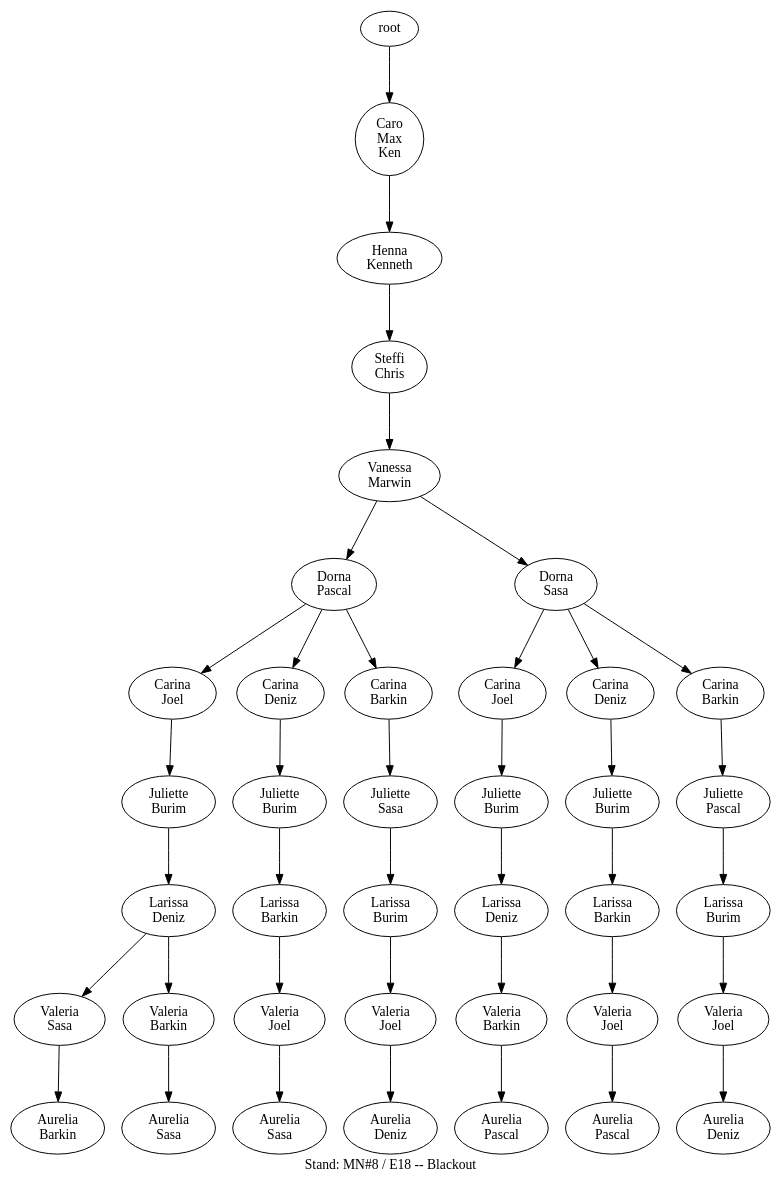
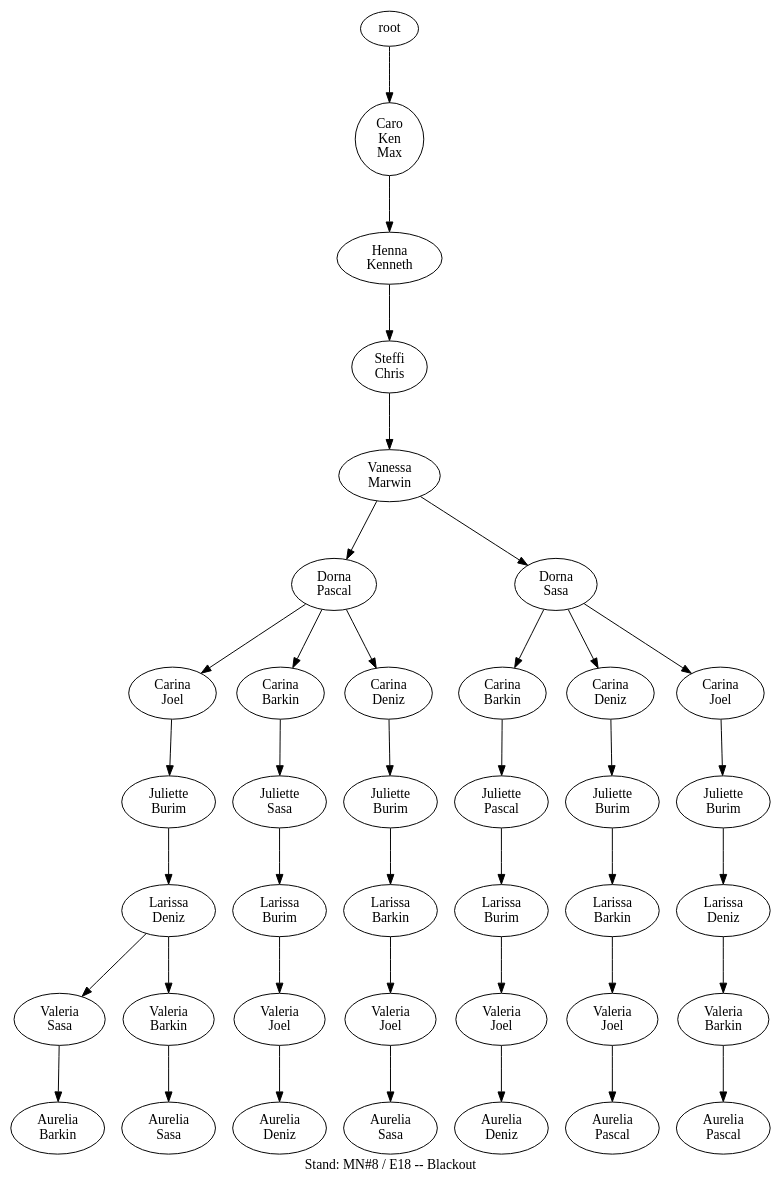
The diagram in data/de04/de04_17_tree.dot (atticus-sullivan/sim-ayto), drawn with Graphviz before and after one commit. The commit also changed 23 other files, not shown here.

```diff
--- a/data/de04/de04_17_tree.dot
+++ b/data/de04/de04_17_tree.dot
@@ -1,78 +1,78 @@
 digraph D { labelloc="b"; label="Stand: MN#8 / E18 -- Blackout"; ranksep=0.8;
-"root/7,5"[label="Caro\nMax\nKen"]
-"root" -> "root/7,5";
-"root/7,5/6"[label="Henna\nKenneth"]
-"root/7,5" -> "root/7,5/6";
-"root/7,5/6/2"[label="Steffi\nChris"]
-"root/7,5/6" -> "root/7,5/6/2";
-"root/7,5/6/2/10"[label="Vanessa\nMarwin"]
-"root/7,5/6/2" -> "root/7,5/6/2/10";
-"root/7,5/6/2/10/8"[label="Dorna\nPascal"]
-"root/7,5/6/2/10" -> "root/7,5/6/2/10/8";
-"root/7,5/6/2/10/8/4"[label="Carina\nJoel"]
-"root/7,5/6/2/10/8" -> "root/7,5/6/2/10/8/4";
-"root/7,5/6/2/10/8/4/1"[label="Juliette\nBurim"]
-"root/7,5/6/2/10/8/4" -> "root/7,5/6/2/10/8/4/1";
-"root/7,5/6/2/10/8/4/1/3"[label="Larissa\nDeniz"]
-"root/7,5/6/2/10/8/4/1" -> "root/7,5/6/2/10/8/4/1/3";
-"root/7,5/6/2/10/8/4/1/3/9"[label="Valeria\nSasa"]
-"root/7,5/6/2/10/8/4/1/3" -> "root/7,5/6/2/10/8/4/1/3/9";
-"root/7,5/6/2/10/8/4/1/3/9/0"[label="Aurelia\nBarkin"]
-"root/7,5/6/2/10/8/4/1/3/9" -> "root/7,5/6/2/10/8/4/1/3/9/0";
-"root/7,5/6/2/10/9"[label="Dorna\nSasa"]
-"root/7,5/6/2/10" -> "root/7,5/6/2/10/9";
-"root/7,5/6/2/10/9/4"[label="Carina\nJoel"]
-"root/7,5/6/2/10/9" -> "root/7,5/6/2/10/9/4";
-"root/7,5/6/2/10/9/4/1"[label="Juliette\nBurim"]
-"root/7,5/6/2/10/9/4" -> "root/7,5/6/2/10/9/4/1";
-"root/7,5/6/2/10/9/4/1/3"[label="Larissa\nDeniz"]
-"root/7,5/6/2/10/9/4/1" -> "root/7,5/6/2/10/9/4/1/3";
-"root/7,5/6/2/10/9/4/1/3/0"[label="Valeria\nBarkin"]
-"root/7,5/6/2/10/9/4/1/3" -> "root/7,5/6/2/10/9/4/1/3/0";
-"root/7,5/6/2/10/9/4/1/3/0/8"[label="Aurelia\nPascal"]
-"root/7,5/6/2/10/9/4/1/3/0" -> "root/7,5/6/2/10/9/4/1/3/0/8";
-"root/7,5/6/2/10/8/4/1/3/0"[label="Valeria\nBarkin"]
-"root/7,5/6/2/10/8/4/1/3" -> "root/7,5/6/2/10/8/4/1/3/0";
-"root/7,5/6/2/10/8/4/1/3/0/9"[label="Aurelia\nSasa"]
-"root/7,5/6/2/10/8/4/1/3/0" -> "root/7,5/6/2/10/8/4/1/3/0/9";
-"root/7,5/6/2/10/8/3"[label="Carina\nDeniz"]
-"root/7,5/6/2/10/8" -> "root/7,5/6/2/10/8/3";
-"root/7,5/6/2/10/8/3/1"[label="Juliette\nBurim"]
-"root/7,5/6/2/10/8/3" -> "root/7,5/6/2/10/8/3/1";
-"root/7,5/6/2/10/8/3/1/0"[label="Larissa\nBarkin"]
-"root/7,5/6/2/10/8/3/1" -> "root/7,5/6/2/10/8/3/1/0";
-"root/7,5/6/2/10/8/3/1/0/4"[label="Valeria\nJoel"]
-"root/7,5/6/2/10/8/3/1/0" -> "root/7,5/6/2/10/8/3/1/0/4";
-"root/7,5/6/2/10/8/3/1/0/4/9"[label="Aurelia\nSasa"]
-"root/7,5/6/2/10/8/3/1/0/4" -> "root/7,5/6/2/10/8/3/1/0/4/9";
-"root/7,5/6/2/10/9/3"[label="Carina\nDeniz"]
-"root/7,5/6/2/10/9" -> "root/7,5/6/2/10/9/3";
-"root/7,5/6/2/10/9/3/1"[label="Juliette\nBurim"]
-"root/7,5/6/2/10/9/3" -> "root/7,5/6/2/10/9/3/1";
-"root/7,5/6/2/10/9/3/1/0"[label="Larissa\nBarkin"]
-"root/7,5/6/2/10/9/3/1" -> "root/7,5/6/2/10/9/3/1/0";
-"root/7,5/6/2/10/9/3/1/0/4"[label="Valeria\nJoel"]
-"root/7,5/6/2/10/9/3/1/0" -> "root/7,5/6/2/10/9/3/1/0/4";
-"root/7,5/6/2/10/9/3/1/0/4/8"[label="Aurelia\nPascal"]
-"root/7,5/6/2/10/9/3/1/0/4" -> "root/7,5/6/2/10/9/3/1/0/4/8";
-"root/7,5/6/2/10/8/0"[label="Carina\nBarkin"]
-"root/7,5/6/2/10/8" -> "root/7,5/6/2/10/8/0";
-"root/7,5/6/2/10/8/0/9"[label="Juliette\nSasa"]
-"root/7,5/6/2/10/8/0" -> "root/7,5/6/2/10/8/0/9";
-"root/7,5/6/2/10/8/0/9/1"[label="Larissa\nBurim"]
-"root/7,5/6/2/10/8/0/9" -> "root/7,5/6/2/10/8/0/9/1";
-"root/7,5/6/2/10/8/0/9/1/4"[label="Valeria\nJoel"]
-"root/7,5/6/2/10/8/0/9/1" -> "root/7,5/6/2/10/8/0/9/1/4";
-"root/7,5/6/2/10/8/0/9/1/4/3"[label="Aurelia\nDeniz"]
-"root/7,5/6/2/10/8/0/9/1/4" -> "root/7,5/6/2/10/8/0/9/1/4/3";
-"root/7,5/6/2/10/9/0"[label="Carina\nBarkin"]
-"root/7,5/6/2/10/9" -> "root/7,5/6/2/10/9/0";
-"root/7,5/6/2/10/9/0/8"[label="Juliette\nPascal"]
-"root/7,5/6/2/10/9/0" -> "root/7,5/6/2/10/9/0/8";
-"root/7,5/6/2/10/9/0/8/1"[label="Larissa\nBurim"]
-"root/7,5/6/2/10/9/0/8" -> "root/7,5/6/2/10/9/0/8/1";
-"root/7,5/6/2/10/9/0/8/1/4"[label="Valeria\nJoel"]
-"root/7,5/6/2/10/9/0/8/1" -> "root/7,5/6/2/10/9/0/8/1/4";
-"root/7,5/6/2/10/9/0/8/1/4/3"[label="Aurelia\nDeniz"]
-"root/7,5/6/2/10/9/0/8/1/4" -> "root/7,5/6/2/10/9/0/8/1/4/3";
+"root/5,7"[label="Caro\nKen\nMax"]
+"root" -> "root/5,7";
+"root/5,7/6"[label="Henna\nKenneth"]
+"root/5,7" -> "root/5,7/6";
+"root/5,7/6/2"[label="Steffi\nChris"]
+"root/5,7/6" -> "root/5,7/6/2";
+"root/5,7/6/2/10"[label="Vanessa\nMarwin"]
+"root/5,7/6/2" -> "root/5,7/6/2/10";
+"root/5,7/6/2/10/8"[label="Dorna\nPascal"]
+"root/5,7/6/2/10" -> "root/5,7/6/2/10/8";
+"root/5,7/6/2/10/8/4"[label="Carina\nJoel"]
+"root/5,7/6/2/10/8" -> "root/5,7/6/2/10/8/4";
+"root/5,7/6/2/10/8/4/1"[label="Juliette\nBurim"]
+"root/5,7/6/2/10/8/4" -> "root/5,7/6/2/10/8/4/1";
+"root/5,7/6/2/10/8/4/1/3"[label="Larissa\nDeniz"]
+"root/5,7/6/2/10/8/4/1" -> "root/5,7/6/2/10/8/4/1/3";
+"root/5,7/6/2/10/8/4/1/3/9"[label="Valeria\nSasa"]
+"root/5,7/6/2/10/8/4/1/3" -> "root/5,7/6/2/10/8/4/1/3/9";
+"root/5,7/6/2/10/8/4/1/3/9/0"[label="Aurelia\nBarkin"]
+"root/5,7/6/2/10/8/4/1/3/9" -> "root/5,7/6/2/10/8/4/1/3/9/0";
+"root/5,7/6/2/10/9"[label="Dorna\nSasa"]
+"root/5,7/6/2/10" -> "root/5,7/6/2/10/9";
+"root/5,7/6/2/10/9/0"[label="Carina\nBarkin"]
+"root/5,7/6/2/10/9" -> "root/5,7/6/2/10/9/0";
+"root/5,7/6/2/10/9/0/8"[label="Juliette\nPascal"]
+"root/5,7/6/2/10/9/0" -> "root/5,7/6/2/10/9/0/8";
+"root/5,7/6/2/10/9/0/8/1"[label="Larissa\nBurim"]
+"root/5,7/6/2/10/9/0/8" -> "root/5,7/6/2/10/9/0/8/1";
+"root/5,7/6/2/10/9/0/8/1/4"[label="Valeria\nJoel"]
+"root/5,7/6/2/10/9/0/8/1" -> "root/5,7/6/2/10/9/0/8/1/4";
+"root/5,7/6/2/10/9/0/8/1/4/3"[label="Aurelia\nDeniz"]
+"root/5,7/6/2/10/9/0/8/1/4" -> "root/5,7/6/2/10/9/0/8/1/4/3";
+"root/5,7/6/2/10/8/0"[label="Carina\nBarkin"]
+"root/5,7/6/2/10/8" -> "root/5,7/6/2/10/8/0";
+"root/5,7/6/2/10/8/0/9"[label="Juliette\nSasa"]
+"root/5,7/6/2/10/8/0" -> "root/5,7/6/2/10/8/0/9";
+"root/5,7/6/2/10/8/0/9/1"[label="Larissa\nBurim"]
+"root/5,7/6/2/10/8/0/9" -> "root/5,7/6/2/10/8/0/9/1";
+"root/5,7/6/2/10/8/0/9/1/4"[label="Valeria\nJoel"]
+"root/5,7/6/2/10/8/0/9/1" -> "root/5,7/6/2/10/8/0/9/1/4";
+"root/5,7/6/2/10/8/0/9/1/4/3"[label="Aurelia\nDeniz"]
+"root/5,7/6/2/10/8/0/9/1/4" -> "root/5,7/6/2/10/8/0/9/1/4/3";
+"root/5,7/6/2/10/9/3"[label="Carina\nDeniz"]
+"root/5,7/6/2/10/9" -> "root/5,7/6/2/10/9/3";
+"root/5,7/6/2/10/9/3/1"[label="Juliette\nBurim"]
+"root/5,7/6/2/10/9/3" -> "root/5,7/6/2/10/9/3/1";
+"root/5,7/6/2/10/9/3/1/0"[label="Larissa\nBarkin"]
+"root/5,7/6/2/10/9/3/1" -> "root/5,7/6/2/10/9/3/1/0";
+"root/5,7/6/2/10/9/3/1/0/4"[label="Valeria\nJoel"]
+"root/5,7/6/2/10/9/3/1/0" -> "root/5,7/6/2/10/9/3/1/0/4";
+"root/5,7/6/2/10/9/3/1/0/4/8"[label="Aurelia\nPascal"]
+"root/5,7/6/2/10/9/3/1/0/4" -> "root/5,7/6/2/10/9/3/1/0/4/8";
+"root/5,7/6/2/10/8/3"[label="Carina\nDeniz"]
+"root/5,7/6/2/10/8" -> "root/5,7/6/2/10/8/3";
+"root/5,7/6/2/10/8/3/1"[label="Juliette\nBurim"]
+"root/5,7/6/2/10/8/3" -> "root/5,7/6/2/10/8/3/1";
+"root/5,7/6/2/10/8/3/1/0"[label="Larissa\nBarkin"]
+"root/5,7/6/2/10/8/3/1" -> "root/5,7/6/2/10/8/3/1/0";
+"root/5,7/6/2/10/8/3/1/0/4"[label="Valeria\nJoel"]
+"root/5,7/6/2/10/8/3/1/0" -> "root/5,7/6/2/10/8/3/1/0/4";
+"root/5,7/6/2/10/8/3/1/0/4/9"[label="Aurelia\nSasa"]
+"root/5,7/6/2/10/8/3/1/0/4" -> "root/5,7/6/2/10/8/3/1/0/4/9";
+"root/5,7/6/2/10/9/4"[label="Carina\nJoel"]
+"root/5,7/6/2/10/9" -> "root/5,7/6/2/10/9/4";
+"root/5,7/6/2/10/9/4/1"[label="Juliette\nBurim"]
+"root/5,7/6/2/10/9/4" -> "root/5,7/6/2/10/9/4/1";
+"root/5,7/6/2/10/9/4/1/3"[label="Larissa\nDeniz"]
+"root/5,7/6/2/10/9/4/1" -> "root/5,7/6/2/10/9/4/1/3";
+"root/5,7/6/2/10/9/4/1/3/0"[label="Valeria\nBarkin"]
+"root/5,7/6/2/10/9/4/1/3" -> "root/5,7/6/2/10/9/4/1/3/0";
+"root/5,7/6/2/10/9/4/1/3/0/8"[label="Aurelia\nPascal"]
+"root/5,7/6/2/10/9/4/1/3/0" -> "root/5,7/6/2/10/9/4/1/3/0/8";
+"root/5,7/6/2/10/8/4/1/3/0"[label="Valeria\nBarkin"]
+"root/5,7/6/2/10/8/4/1/3" -> "root/5,7/6/2/10/8/4/1/3/0";
+"root/5,7/6/2/10/8/4/1/3/0/9"[label="Aurelia\nSasa"]
+"root/5,7/6/2/10/8/4/1/3/0" -> "root/5,7/6/2/10/8/4/1/3/0/9";
 }
```
